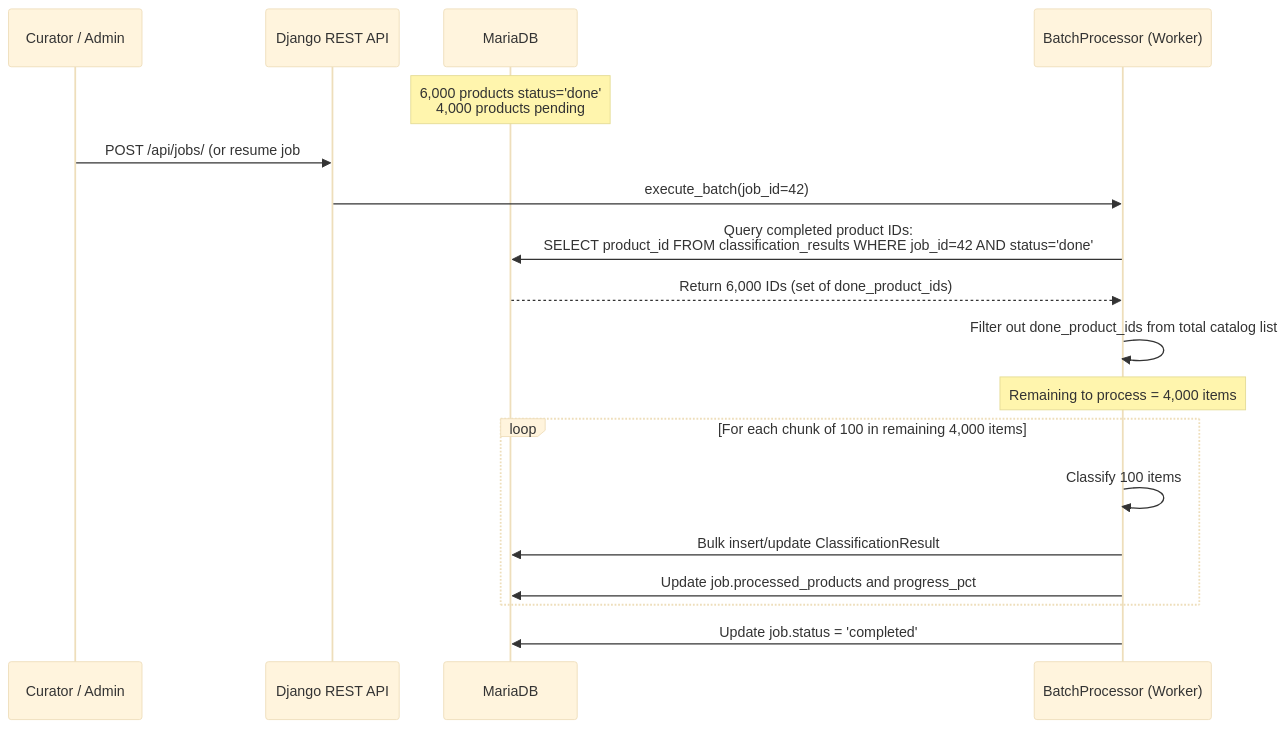
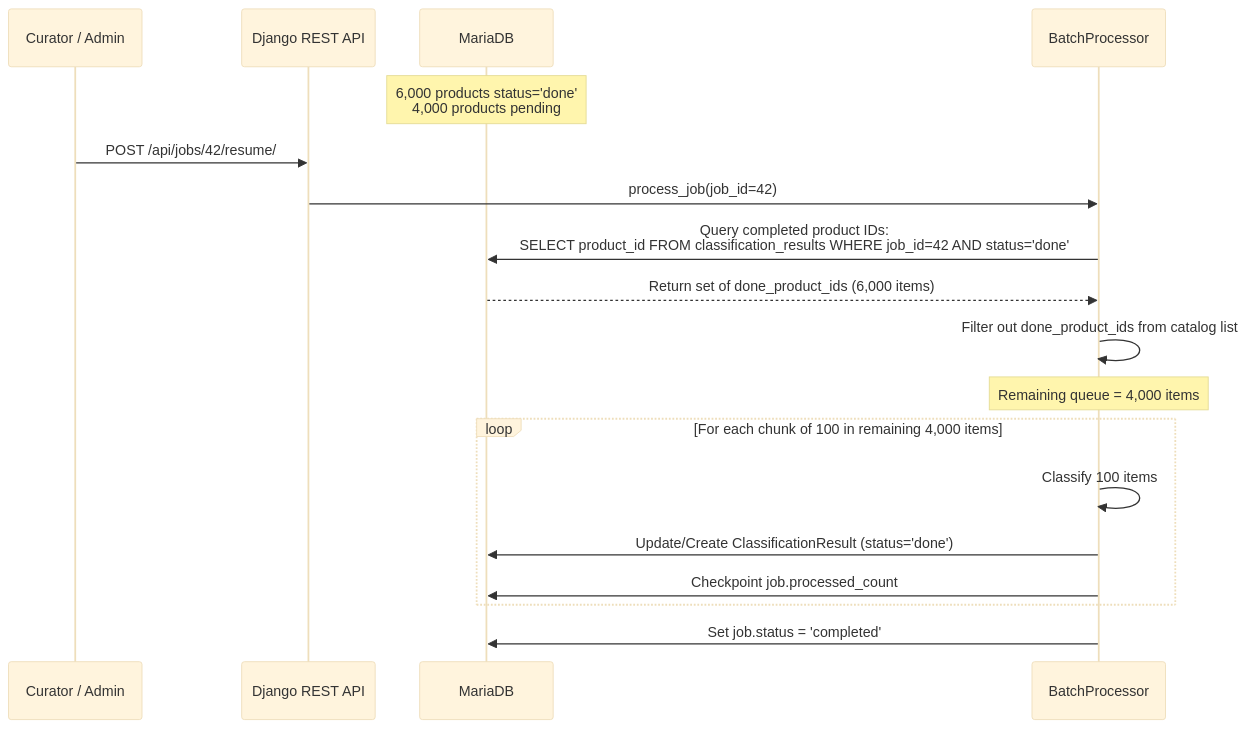
One commit to akheedha/product_taxonomy_classifier changed the fifth of 6 diagrams in QUESTIONS.md. Above: the diagram before and after it, drawn with Mermaid (base theme). The commit also changed other lines of this file, not shown here.

````diff
--- a/QUESTIONS.md
+++ b/QUESTIONS.md
@@ -413,21 +479,21 @@
 ```mermaid
 sequenceDiagram
-    participant User as Curator / Admin
+    participant Curator as Curator / Admin
     participant API as Django REST API
     participant DB as MariaDB
-    participant BP as BatchProcessor (Worker)
+    participant BP as BatchProcessor
 
     Note over DB: 6,000 products status='done'<br/>4,000 products pending
-    User->>API: POST /api/jobs/ (or resume job #42)
-    API->>BP: execute_batch(job_id=42)
+    Curator->>API: POST /api/jobs/42/resume/
+    API->>BP: process_job(job_id=42)
     BP->>DB: Query completed product IDs:<br/>SELECT product_id FROM classification_results WHERE job_id=42 AND status='done'
-    DB-->>BP: Return 6,000 IDs (set of done_product_ids)
-    BP->>BP: Filter out done_product_ids from total catalog list
-    Note over BP: Remaining to process = 4,000 items
+    DB-->>BP: Return set of done_product_ids (6,000 items)
+    BP->>BP: Filter out done_product_ids from catalog list
+    Note over BP: Remaining queue = 4,000 items
     loop For each chunk of 100 in remaining 4,000 items
         BP->>BP: Classify 100 items
-        BP->>DB: Bulk insert/update ClassificationResult
-        BP->>DB: Update job.processed_products and progress_pct
+        BP->>DB: Update/Create ClassificationResult (status='done')
+        BP->>DB: Checkpoint job.processed_count
     end
-    BP->>DB: Update job.status = 'completed'
+    BP->>DB: Set job.status = 'completed'
 ```
````
